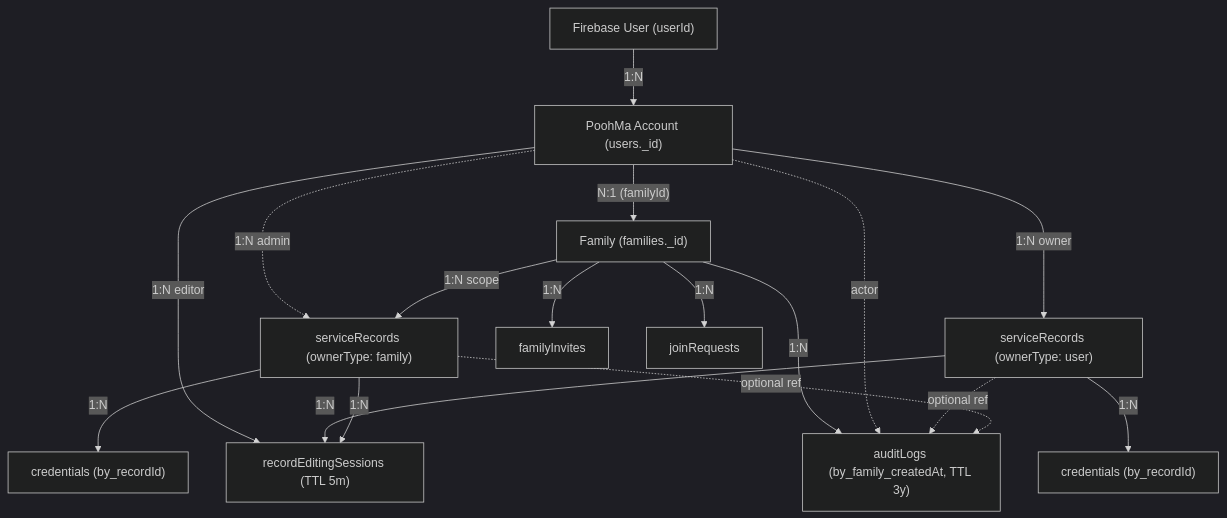
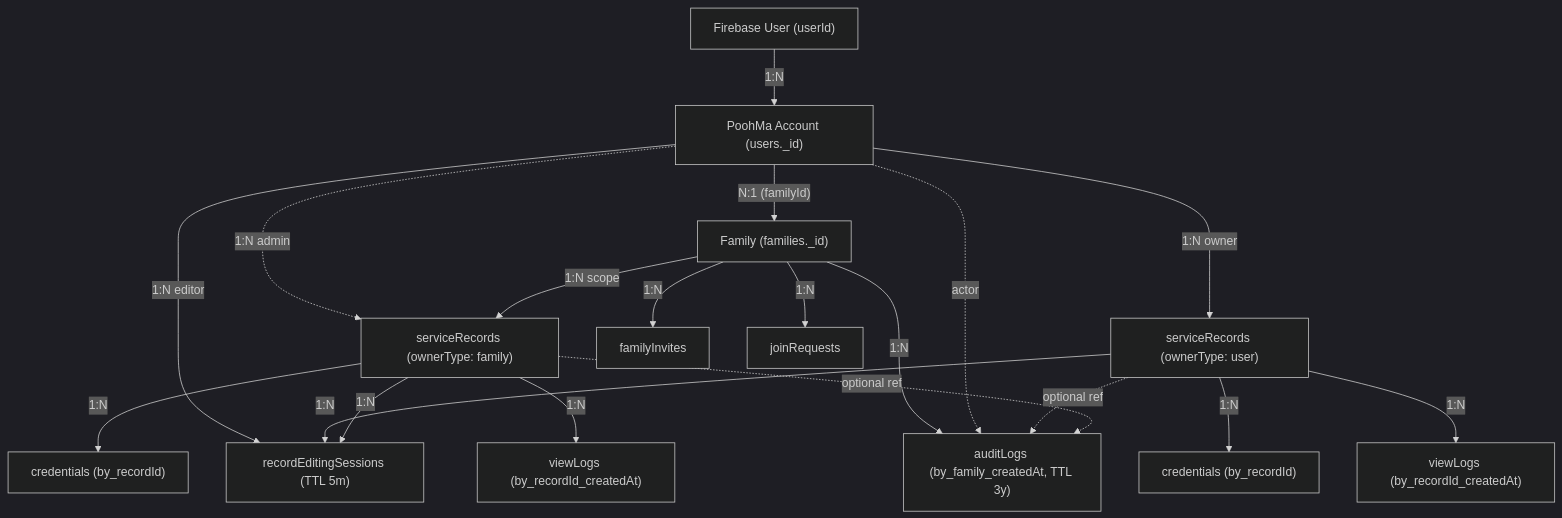
Before and after one commit to luthpg/poohma: the first of 8 diagrams in .ai/domain.md, drawn with Mermaid (dark theme). The commit also changed other lines of this file and 60 other files, not shown here.

````diff
--- a/.ai/domain.md
+++ b/.ai/domain.md
@@ -10,22 +10,24 @@
 ```mermaid
 flowchart TD
     FirebaseUser["Firebase User (userId)"] -->|"1:N"| PoohMaAccount["PoohMa Account (users._id)"]
     PoohMaAccount -->|"N:1 (familyId)"| Family["Family (families._id)"]
     
     PoohMaAccount -->|"1:N owner"| RecUser["serviceRecords (ownerType: user)"]
     PoohMaAccount -.->|"1:N admin"| RecFamily["serviceRecords (ownerType: family)"]
     PoohMaAccount -->|"1:N editor"| EditSession["recordEditingSessions (TTL 5m)"]
     
     RecUser -->|"1:N"| CredsUser["credentials (by_recordId)"]
     RecFamily -->|"1:N"| CredsFamily["credentials (by_recordId)"]
     RecUser -->|"1:N"| EditSession
     RecFamily -->|"1:N"| EditSession
+    RecUser -->|"1:N"| ViewLogsUser["viewLogs (by_recordId_createdAt)"]
+    RecFamily -->|"1:N"| ViewLogsFamily["viewLogs (by_recordId_createdAt)"]
     
     Family -->|"1:N scope"| RecFamily
     Family -->|"1:N"| Invites["familyInvites"]
     Family -->|"1:N"| JoinReqs["joinRequests"]
     Family -->|"1:N"| AuditLog["auditLogs (by_family_createdAt, TTL 3y)"]
     PoohMaAccount -.->|"actor"| AuditLog
     RecUser -.->|"optional ref"| AuditLog
     RecFamily -.->|"optional ref"| AuditLog
 ```
````
